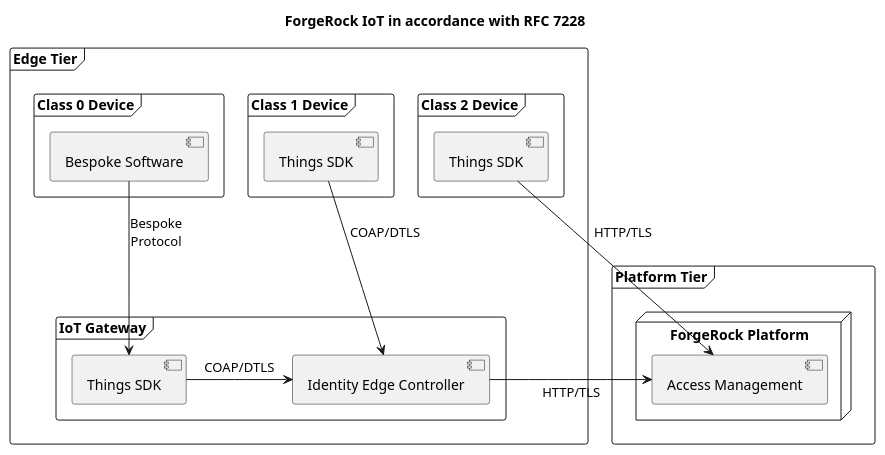
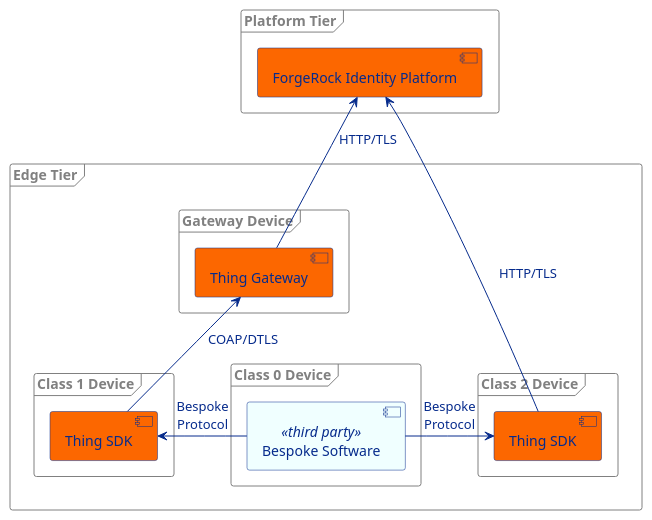
The diagram in docs/iot-rfc7228.puml (ForgeRock/iot-edge), drawn with PlantUML before and after one commit. The commit also changed 12 other files, not shown here.

```diff
--- a/docs/iot-rfc7228.puml
+++ b/docs/iot-rfc7228.puml
@@ -1,30 +1,42 @@
 @startuml
-title ForgeRock IoT in accordance with RFC 7228
 
+skinparam component {
+  FontColor #062b8c
+  BackgroundColor #fc6700
+  BorderColor #062b8c
+  BackgroundColor<<third party>> azure
+  ArrowColor #062b8c
+  ArrowFontColor #062b8c
+}
+skinparam node {
+  BorderColor #062b8c
+  FontColor #062b8c
+}
+skinparam frame {
+  BorderColor Grey
+  FontColor Grey
+}
+
+frame "Platform Tier" {
+    [ForgeRock Identity Platform] as fr
+}
 frame "Edge Tier" {
+    frame "Class 1 Device" {
+        [Thing SDK] as gc
+    }
     frame "Class 2 Device" {
-        [Things SDK] as amclient1
-    }
-    frame "Class 1 Device" {
-        [Things SDK] as iecclient1
+        [Thing SDK] as ac
     }
     frame "Class 0 Device" {
-        [Bespoke Software] as customclient1
+        [Bespoke Software] as cc <<third party>>
     }
-
-    frame "IoT Gateway" {
-        [Identity Edge Controller] as iec
-        [Things SDK] as iecclient2
+    frame "Gateway Device" {
+        [Thing Gateway] as gt
     }
 }
-frame "Platform Tier" {
-    node "ForgeRock Platform" {
-        [Access Management] as am
-    }
-}
-iec -right-> am : HTTP/TLS
-amclient1 --> am : HTTP/TLS
-iecclient1 --> iec : COAP/DTLS
-iecclient2 -right-> iec : COAP/DTLS
-customclient1 --> iecclient2 : Bespoke\nProtocol
+gt -up-> fr : HTTP/TLS
+ac -up-> fr : HTTP/TLS
+gc -up-> gt : COAP/DTLS
+cc -right-> ac : Bespoke\nProtocol
+cc -left-> gc : Bespoke\nProtocol
 @enduml
```
